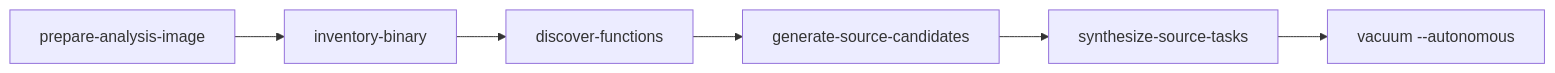
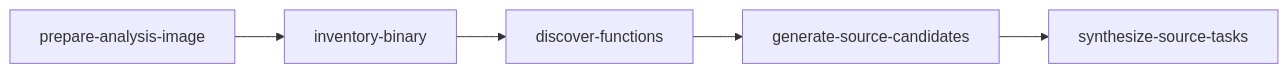
Before and after one commit to bolabaden/AgentDecompile: the diagram in docs/CRITICAL_PATH.md, drawn with Mermaid. The commit also changed other lines of this file and 28 other files, not shown here.

````diff
--- a/docs/CRITICAL_PATH.md
+++ b/docs/CRITICAL_PATH.md
@@ -9,8 +9,8 @@
 ```mermaid
+
 flowchart LR
   A[prepare-analysis-image] --> B[inventory-binary]
   B --> C[discover-functions]
   C --> D[generate-source-candidates]
   D --> E[synthesize-source-tasks]
-  E --> F[vacuum --autonomous]
 ```
````
